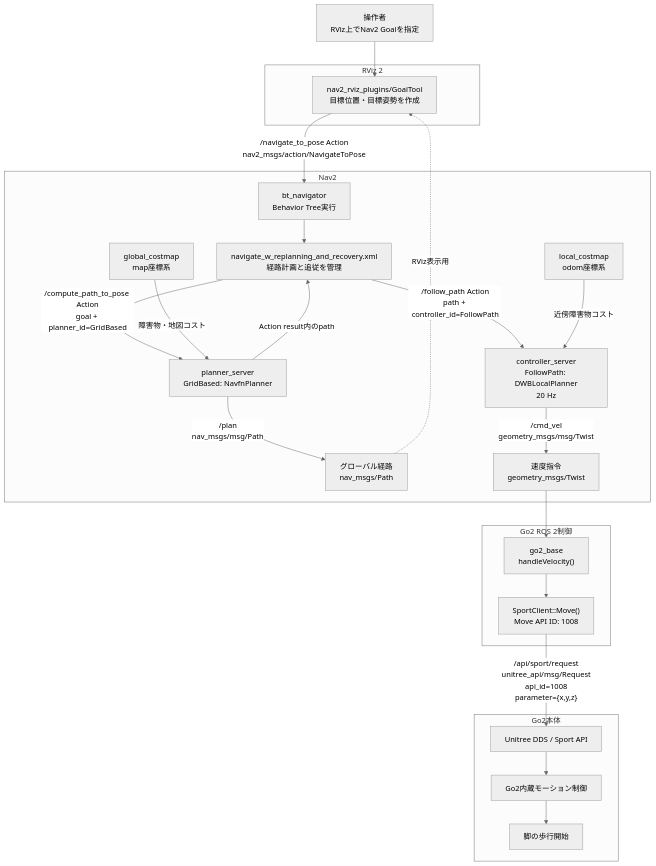
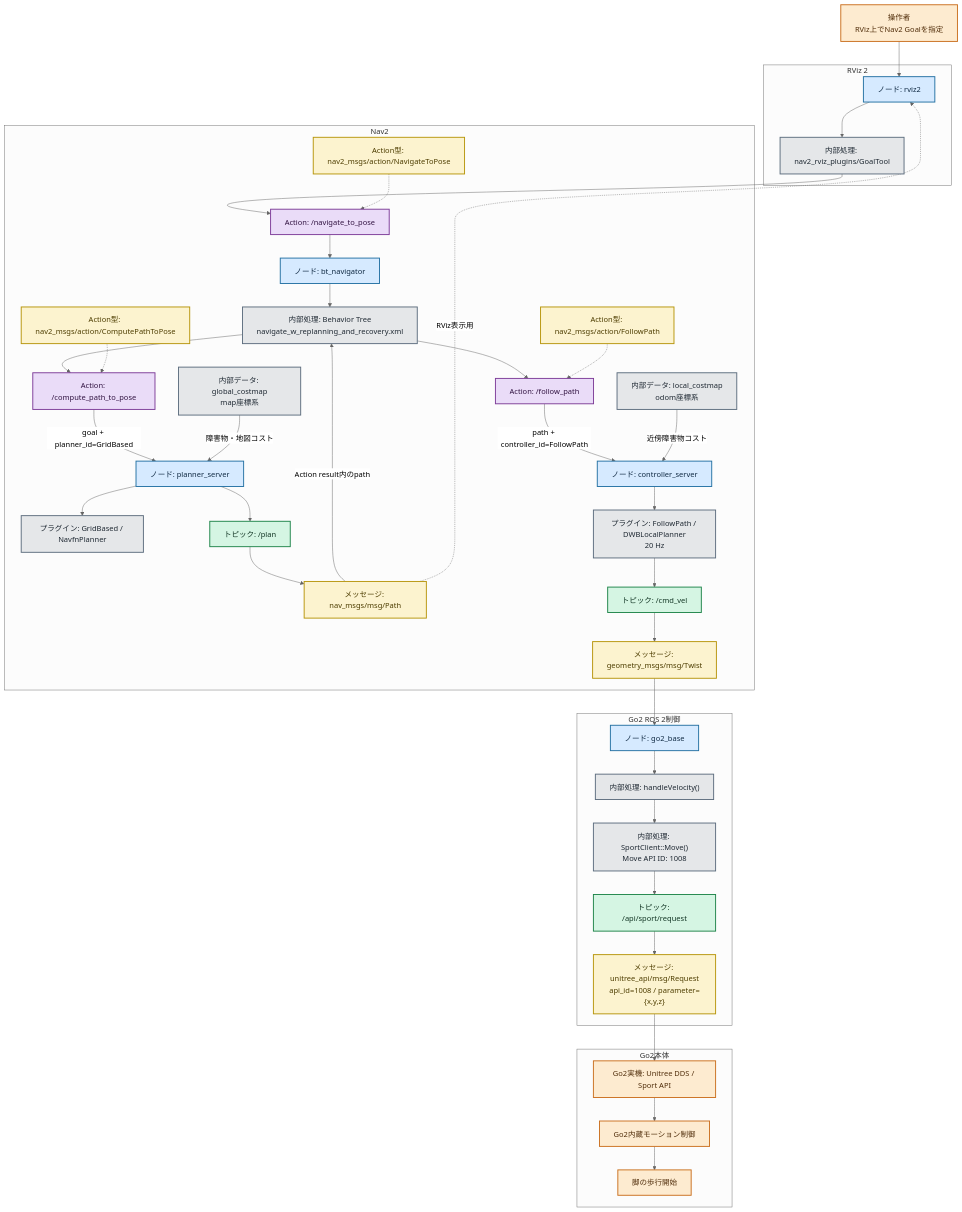
Before and after one commit to katoko137/inu: the second of 5 diagrams in navigaion/nav2_go2_goal_flow.md, drawn with Mermaid (neutral theme). The commit also changed other lines of this file, not shown here.

````diff
--- a/navigaion/nav2_go2_goal_flow.md
+++ b/navigaion/nav2_go2_goal_flow.md
@@ -38,48 +79,90 @@
     USER["操作者<br/>RViz上でNav2 Goalを指定"]
 
     subgraph RVIZ["RViz 2"]
-        GOAL_TOOL["nav2_rviz_plugins/GoalTool<br/>目標位置・目標姿勢を作成"]
+        RVIZ_NODE["ノード: rviz2"]
+        GOAL_TOOL["内部処理: nav2_rviz_plugins/GoalTool"]
     end
 
     subgraph NAV2["Nav2"]
-        BTN["bt_navigator<br/>Behavior Tree実行"]
-        BT["navigate_w_replanning_and_recovery.xml<br/>経路計画と追従を管理"]
-        PS["planner_server<br/>GridBased: NavfnPlanner"]
-        GC["global_costmap<br/>map座標系"]
-        PATH["グローバル経路<br/>nav_msgs/Path"]
-        CS["controller_server<br/>FollowPath: DWBLocalPlanner<br/>20 Hz"]
-        LC["local_costmap<br/>odom座標系"]
-        CMD["速度指令<br/>geometry_msgs/Twist"]
+        NAV_ACTION["Action: /navigate_to_pose"]
+        NAV_MSG["Action型: nav2_msgs/action/NavigateToPose"]
+        BTN["ノード: bt_navigator"]
+        BT["内部処理: Behavior Tree<br/>navigate_w_replanning_and_recovery.xml"]
+        COMPUTE_ACTION["Action: /compute_path_to_pose"]
+        COMPUTE_MSG["Action型: nav2_msgs/action/ComputePathToPose"]
+        PS["ノード: planner_server"]
+        NAVFN["プラグイン: GridBased / NavfnPlanner"]
+        GC["内部データ: global_costmap<br/>map座標系"]
+        PLAN_TOPIC["トピック: /plan"]
+        PATH_MSG["メッセージ: nav_msgs/msg/Path"]
+        FOLLOW_ACTION["Action: /follow_path"]
+        FOLLOW_MSG["Action型: nav2_msgs/action/FollowPath"]
+        CS["ノード: controller_server"]
+        DWB["プラグイン: FollowPath / DWBLocalPlanner<br/>20 Hz"]
+        LC["内部データ: local_costmap<br/>odom座標系"]
+        CMD_TOPIC["トピック: /cmd_vel"]
+        TWIST_MSG["メッセージ: geometry_msgs/msg/Twist"]
     end
 
     subgraph BRIDGE["Go2 ROS 2制御"]
-        BASE["go2_base<br/>handleVelocity()"]
-        SPORT["SportClient::Move()<br/>Move API ID: 1008"]
+        BASE["ノード: go2_base"]
+        HANDLE["内部処理: handleVelocity()"]
+        SPORT["内部処理: SportClient::Move()<br/>Move API ID: 1008"]
+        SPORT_TOPIC["トピック: /api/sport/request"]
+        REQUEST_MSG["メッセージ: unitree_api/msg/Request<br/>api_id=1008 / parameter={x,y,z}"]
     end
 
     subgraph ROBOT["Go2本体"]
-        DDS["Unitree DDS / Sport API"]
+        DDS["Go2実機: Unitree DDS / Sport API"]
         MOTION["Go2内蔵モーション制御"]
         MOVE["脚の歩行開始"]
     end
 
-    USER --> GOAL_TOOL
-    GOAL_TOOL -->|"/navigate_to_pose Action<br/>nav2_msgs/action/NavigateToPose"| BTN
+    USER --> RVIZ_NODE
+    RVIZ_NODE --> GOAL_TOOL
+    GOAL_TOOL --> NAV_ACTION
+    NAV_MSG -.-> NAV_ACTION
+    NAV_ACTION --> BTN
     BTN --> BT
 
-    BT -->|"/compute_path_to_pose Action<br/>goal + planner_id=GridBased"| PS
+    BT --> COMPUTE_ACTION
+    COMPUTE_MSG -.-> COMPUTE_ACTION
+    COMPUTE_ACTION -->|goal + planner_id=GridBased| PS
+    PS --> NAVFN
     GC -->|障害物・地図コスト| PS
-    PS -->|"/plan<br/>nav_msgs/msg/Path"| PATH
-    PS -->|Action result内のpath| BT
+    PS --> PLAN_TOPIC
+    PLAN_TOPIC --> PATH_MSG
+    PATH_MSG -->|Action result内のpath| BT
 
-    BT -->|"/follow_path Action<br/>path + controller_id=FollowPath"| CS
-    PATH -.->|RViz表示用| GOAL_TOOL
+    BT --> FOLLOW_ACTION
+    FOLLOW_MSG -.-> FOLLOW_ACTION
+    FOLLOW_ACTION -->|path + controller_id=FollowPath| CS
+    PATH_MSG -.->|RViz表示用| RVIZ_NODE
     LC -->|近傍障害物コスト| CS
-    CS -->|"/cmd_vel<br/>geometry_msgs/msg/Twist"| CMD
+    CS --> DWB
+    DWB --> CMD_TOPIC
+    CMD_TOPIC --> TWIST_MSG
 
-    CMD --> BASE
-    BASE --> SPORT
-    SPORT -->|"/api/sport/request<br/>unitree_api/msg/Request<br/>api_id=1008<br/>parameter={x,y,z}"| DDS
+    TWIST_MSG --> BASE
+    BASE --> HANDLE
+    HANDLE --> SPORT
+    SPORT --> SPORT_TOPIC
+    SPORT_TOPIC --> REQUEST_MSG
+    REQUEST_MSG --> DDS
     DDS --> MOTION
     MOTION --> MOVE
+
+    classDef rosNode fill:#d6eaff,stroke:#2471a3,color:#102a43,stroke-width:2px;
+    classDef rosTopic fill:#d5f5e3,stroke:#1e8449,color:#123524,stroke-width:2px;
+    classDef rosMsg fill:#fcf3cf,stroke:#b7950b,color:#4d3d00,stroke-width:2px;
+    classDef rosAction fill:#eadcf8,stroke:#7d3c98,color:#321442,stroke-width:2px;
+    classDef process fill:#e5e7e9,stroke:#5d6d7e,color:#1f2933,stroke-width:2px;
+    classDef external fill:#fdebd0,stroke:#ca6f1e,color:#512e0b,stroke-width:2px;
+
+    class RVIZ_NODE,BTN,PS,CS,BASE rosNode;
+    class PLAN_TOPIC,CMD_TOPIC,SPORT_TOPIC rosTopic;
+    class NAV_MSG,COMPUTE_MSG,FOLLOW_MSG,PATH_MSG,TWIST_MSG,REQUEST_MSG rosMsg;
+    class NAV_ACTION,COMPUTE_ACTION,FOLLOW_ACTION rosAction;
+    class GOAL_TOOL,BT,NAVFN,GC,DWB,LC,HANDLE,SPORT process;
+    class USER,DDS,MOTION,MOVE external;
 ```
````
